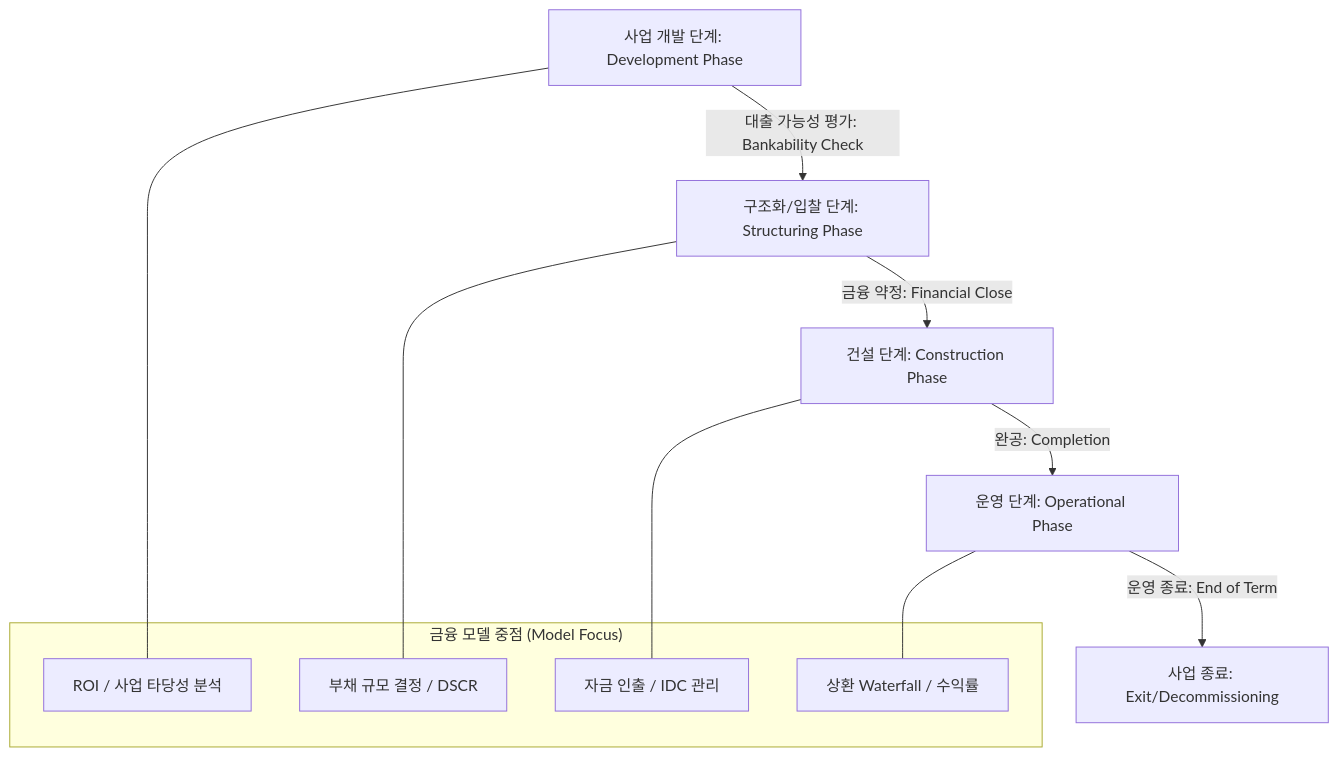
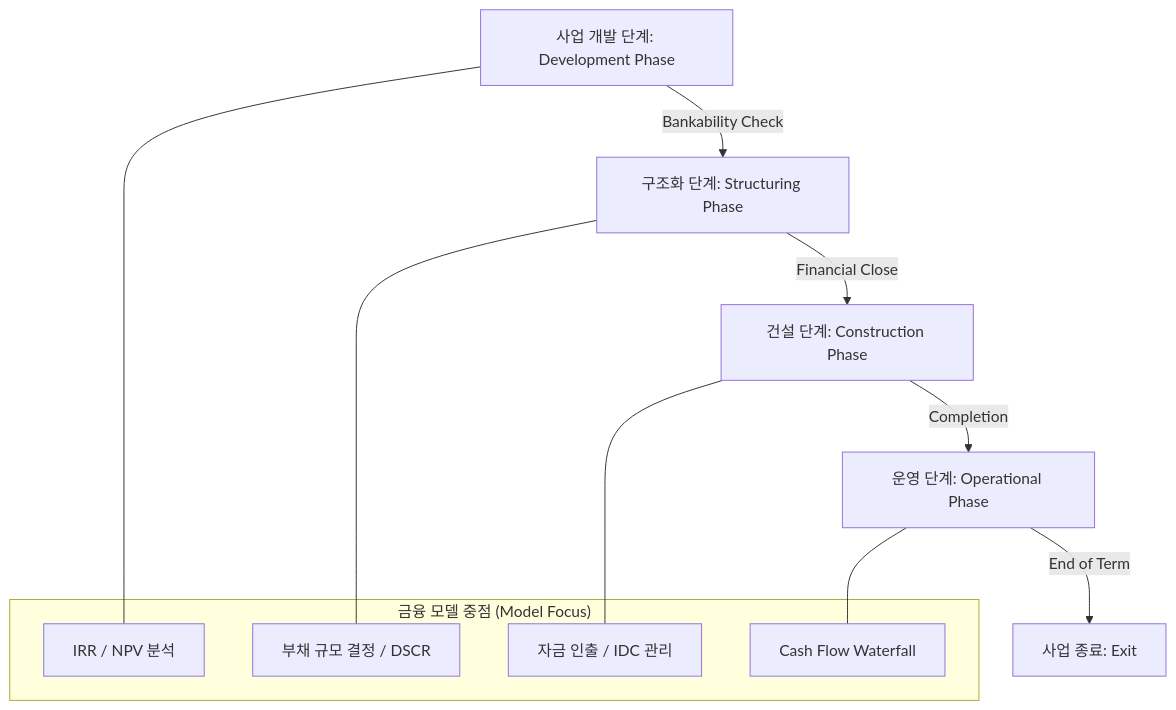
The first of 2 diagrams in Formal_Specs/01_Market_Domain/IB_Domain_Standard.md (kbgkim/ib), drawn with Mermaid before and after one commit. The commit also changed other lines of this file and 13 other files, not shown here.

````diff
--- a/Formal_Specs/01_Market_Domain/IB_Domain_Standard.md
+++ b/Formal_Specs/01_Market_Domain/IB_Domain_Standard.md
@@ -25,19 +33,19 @@
 ```mermaid
 graph TD
-    A[사업 개발 단계: Development Phase] -->|대출 가능성 평가: Bankability Check| B[구조화/입찰 단계: Structuring Phase]
-    B -->|금융 약정: Financial Close| C[건설 단계: Construction Phase]
-    C -->|완공: Completion| D[운영 단계: Operational Phase]
-    D -->|운영 종료: End of Term| E[사업 종료: Exit/Decommissioning]
+    A[사업 개발 단계: Development Phase] -->|Bankability Check| B[구조화 단계: Structuring Phase]
+    B -->|Financial Close| C[건설 단계: Construction Phase]
+    C -->|Completion| D[운영 단계: Operational Phase]
+    D -->|End of Term| E[사업 종료: Exit]
 
     subgraph "금융 모델 중점 (Model Focus)"
-    A1[ROI / 사업 타당성 분석]
+    A1[IRR / NPV 분석]
     B1[부채 규모 결정 / DSCR]
     C1[자금 인출 / IDC 관리]
-    D1[상환 Waterfall / 수익률]
+    D1[Cash Flow Waterfall]
     end
 
     A --- A1
     B --- B1
     C --- C1
     D --- D1
 ```
````
